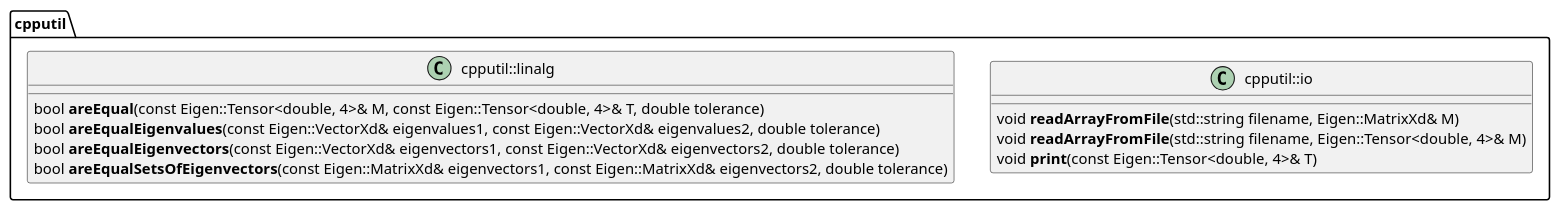
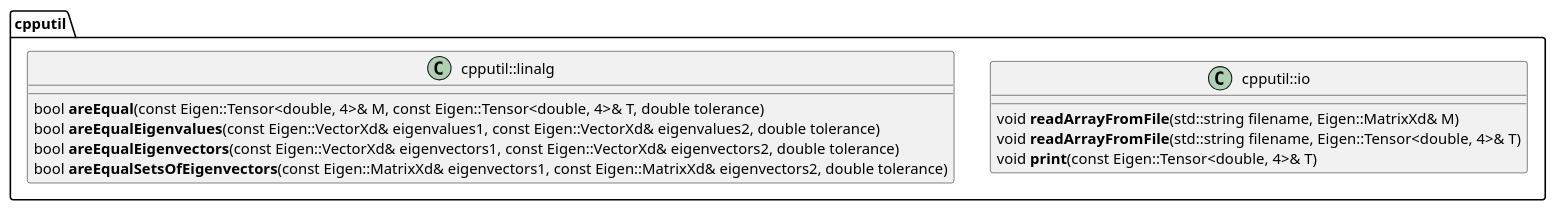
The diagram in docs/cpputil.puml (matt-chan/cpputil), drawn with PlantUML before and after one commit. The commit also changed 6 other files, not shown here.

```diff
--- a/docs/cpputil.puml
+++ b/docs/cpputil.puml
@@ -1,21 +1,21 @@
 @startuml
 
 
 namespace cpputil {
 
     class cpputil::io {
         void **readArrayFromFile**(std::string filename, Eigen::MatrixXd& M)
-        void **readArrayFromFile**(std::string filename, Eigen::Tensor<double, 4>& M)
+        void **readArrayFromFile**(std::string filename, Eigen::Tensor<double, 4>& T)
         void **print**(const Eigen::Tensor<double, 4>& T)
     }
 
     class cpputil::linalg {
         bool **areEqual**(const Eigen::Tensor<double, 4>& M, const Eigen::Tensor<double, 4>& T, double tolerance)
         bool **areEqualEigenvalues**(const Eigen::VectorXd& eigenvalues1, const Eigen::VectorXd& eigenvalues2, double tolerance)
         bool **areEqualEigenvectors**(const Eigen::VectorXd& eigenvectors1, const Eigen::VectorXd& eigenvectors2, double tolerance)
         bool **areEqualSetsOfEigenvectors**(const Eigen::MatrixXd& eigenvectors1, const Eigen::MatrixXd& eigenvectors2, double tolerance)
     }
 
 }
 
 @enduml
```
